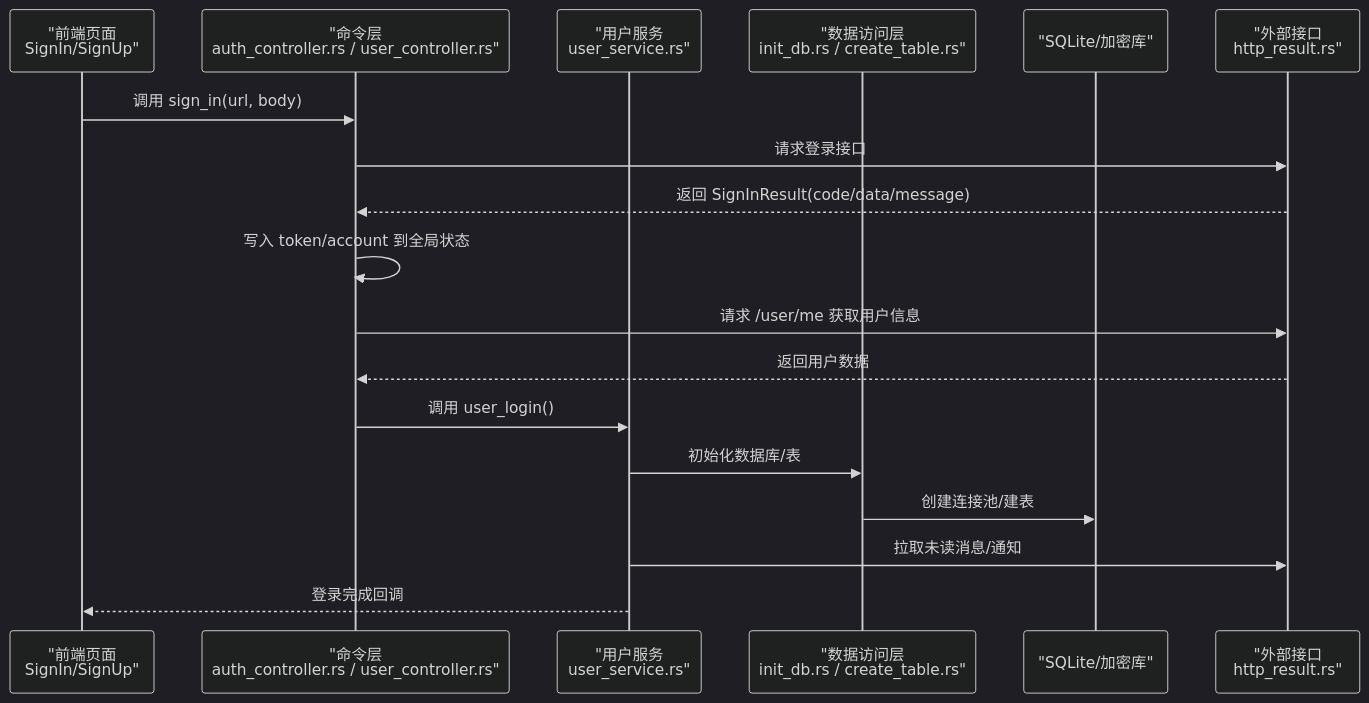
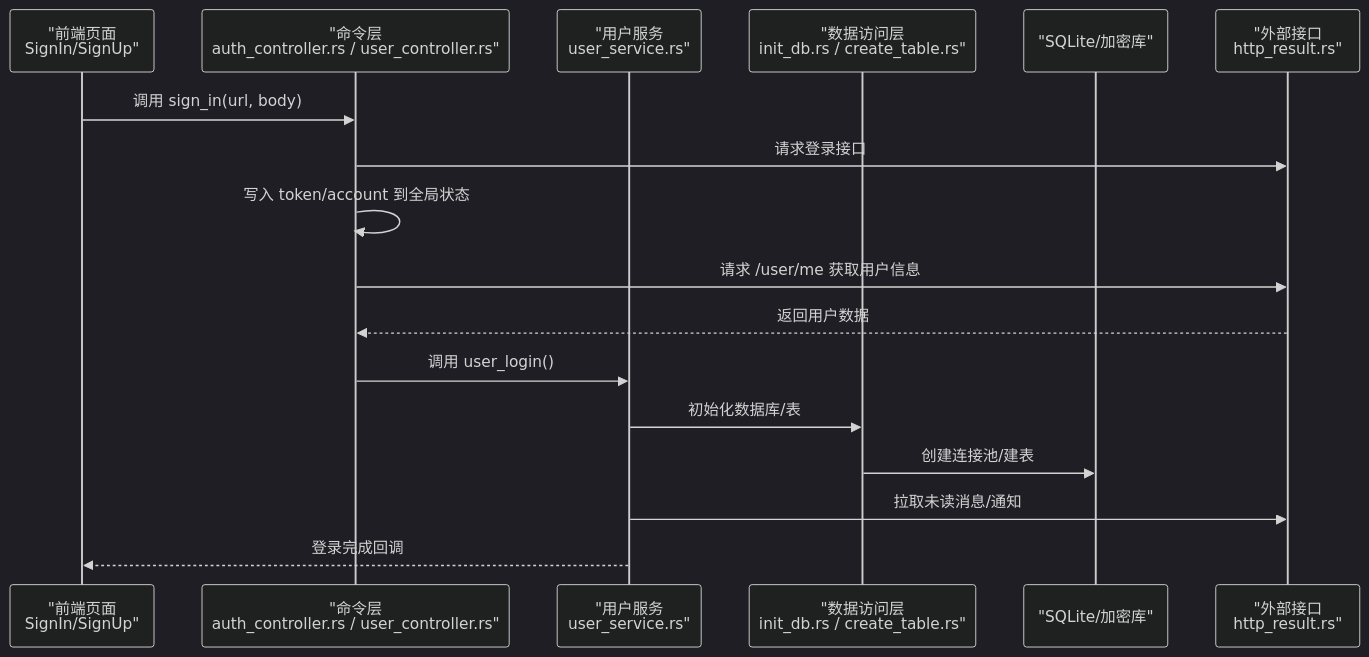
One commit to nicolastinger/only-talk-app changed the second of 8 diagrams in .qoder/repowiki/zh/content/后端服务/用户服务.md. Above: the diagram before and after it, drawn with Mermaid (dark theme). The commit also changed 18 other files, not shown here.

````diff
--- a/.qoder/repowiki/zh/content/后端服务/用户服务.md
+++ b/.qoder/repowiki/zh/content/后端服务/用户服务.md
@@ -81,20 +81,19 @@
 ```mermaid
 sequenceDiagram
 participant FE as "前端页面<br/>SignIn/SignUp"
 participant CMD as "命令层<br/>auth_controller.rs / user_controller.rs"
 participant SVC as "用户服务<br/>user_service.rs"
 participant DAO as "数据访问层<br/>init_db.rs / create_table.rs"
 participant DB as "SQLite/加密库"
 participant API as "外部接口<br/>http_result.rs"
 FE->>CMD : 调用 sign_in(url, body)
 CMD->>API : 请求登录接口
-API-->>CMD : 返回 SignInResult(code/data/message)
 CMD->>CMD : 写入 token/account 到全局状态
 CMD->>API : 请求 /user/me 获取用户信息
 API-->>CMD : 返回用户数据
 CMD->>SVC : 调用 user_login()
 SVC->>DAO : 初始化数据库/表
 DAO->>DB : 创建连接池/建表
 SVC->>API : 拉取未读消息/通知
 SVC-->>FE : 登录完成回调
 ```
````
